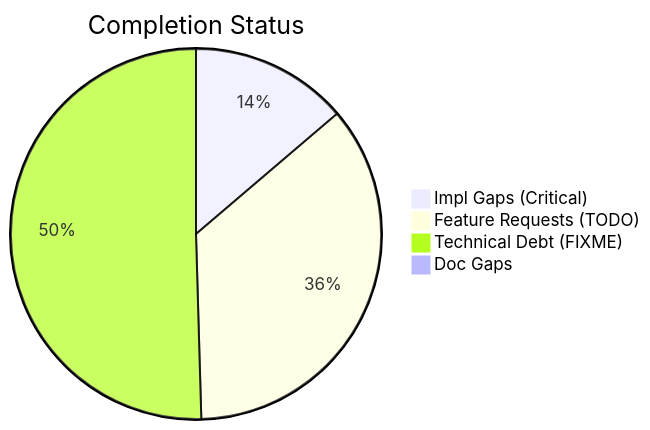
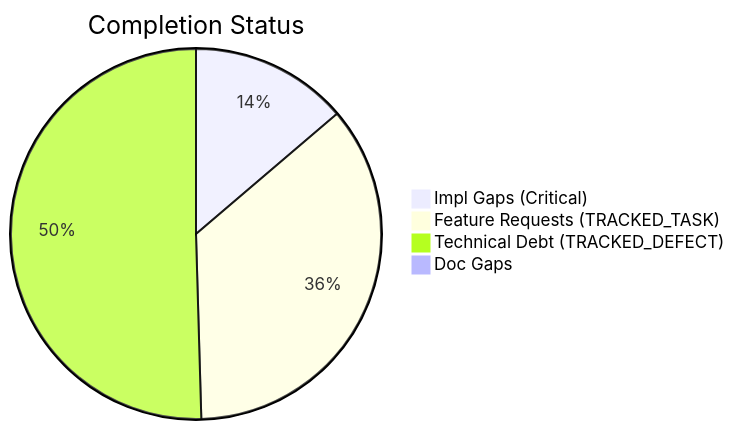
One commit to D-sorganization/Tools changed the first of 2 diagrams in docs/assessments/completist/Completist_Report_2026-03-26.md. Above: the diagram before and after it, drawn with Mermaid. The commit also changed other lines of this file and 5 other files, not shown here.

````diff
--- a/docs/assessments/completist/Completist_Report_2026-03-26.md
+++ b/docs/assessments/completist/Completist_Report_2026-03-26.md
@@ -11,7 +11,7 @@
 ```mermaid
 pie title Completion Status
     "Impl Gaps (Critical)" : 15
-    "Feature Requests (TODO)" : 39
-    "Technical Debt (FIXME)" : 55
+    "Feature Requests (TRACKED_TASK)" : 39
+    "Technical Debt (TRACKED_DEFECT)" : 55
     "Doc Gaps" : 0
 ```
````
